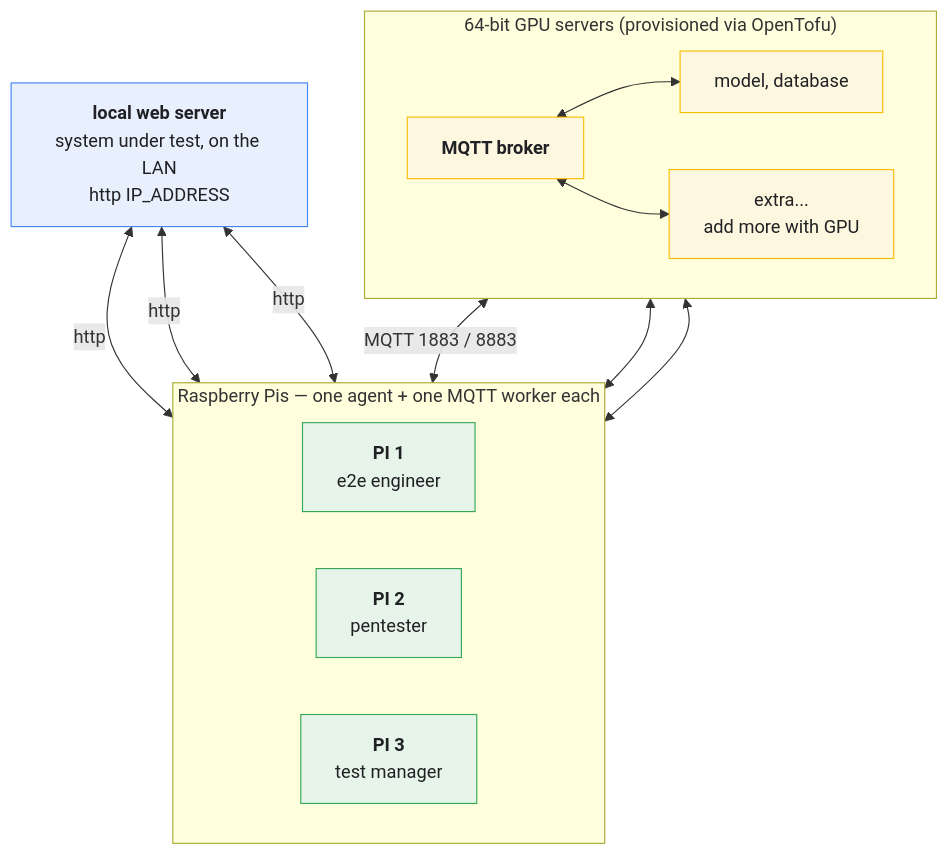
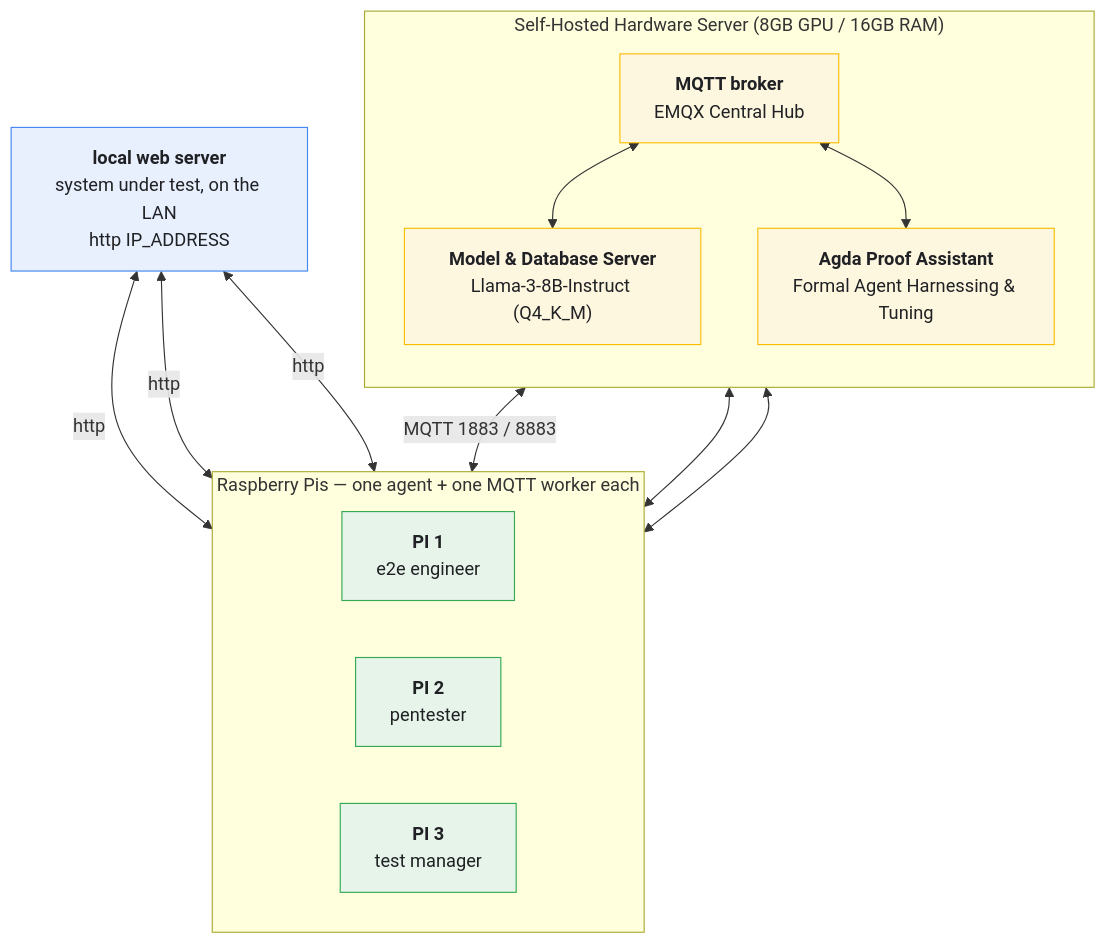
One commit to yVieta/testing-the-agentic-stack_open-testing-agents changed the diagram in README.md. Above: the diagram before and after it, drawn with Mermaid. The commit also changed other lines of this file and 1 other file, not shown here.

````diff
--- a/README.md
+++ b/README.md
@@ -11,35 +11,35 @@
 ```mermaid
 graph TD
     SUT["<b>local web server</b><br/>system under test, on the LAN<br/>http IP_ADDRESS"]
 
     subgraph PIS["Raspberry Pis — one agent + one MQTT worker each"]
         direction LR
         PI1["<b>PI 1</b><br/>e2e engineer"]
         PI2["<b>PI 2</b><br/>pentester"]
         PI3["<b>PI 3</b><br/>test manager"]
     end
 
-    subgraph SERVERS["64-bit GPU servers (provisioned via OpenTofu)"]
-        direction LR
-        BROKER["<b>MQTT broker</b>"]
-        GPU["model, database"]
-        MORE["extra...<br/>add more with GPU"]
+    subgraph SERVERS["Self-Hosted Hardware Server (8GB GPU / 16GB RAM)"]
+        direction TB
+        BROKER["<b>MQTT broker</b><br/>EMQX Central Hub"]
+        AGDA["<b>Agda Proof Assistant</b><br/>Formal Agent Harnessing & Tuning"]
+        GPU["<b>Model & Database Server</b><br/>Llama-3-8B-Instruct (Q4_K_M)"]
     end
 
     SUT <-->|"http"| PI1
     SUT <-->|"http"| PI2
     SUT <-->|"http"| PI3
 
     BROKER <-->|"MQTT 1883 / 8883"| PI1
     BROKER <--> PI2
     BROKER <--> PI3
     BROKER <--> GPU
-    BROKER <--> MORE
+    BROKER <--> AGDA
 
     classDef sut fill:#e8f0fe,stroke:#4285f4,color:#202124;
     classDef pi fill:#e6f4ea,stroke:#34a853,color:#202124;
     classDef server fill:#fef7e0,stroke:#fbbc04,color:#202124;
     class SUT sut;
     class PI1,PI2,PI3 pi;
-    class BROKER,GPU,MORE server;
+    class BROKER,GPU,AGDA server;
 ```
````
